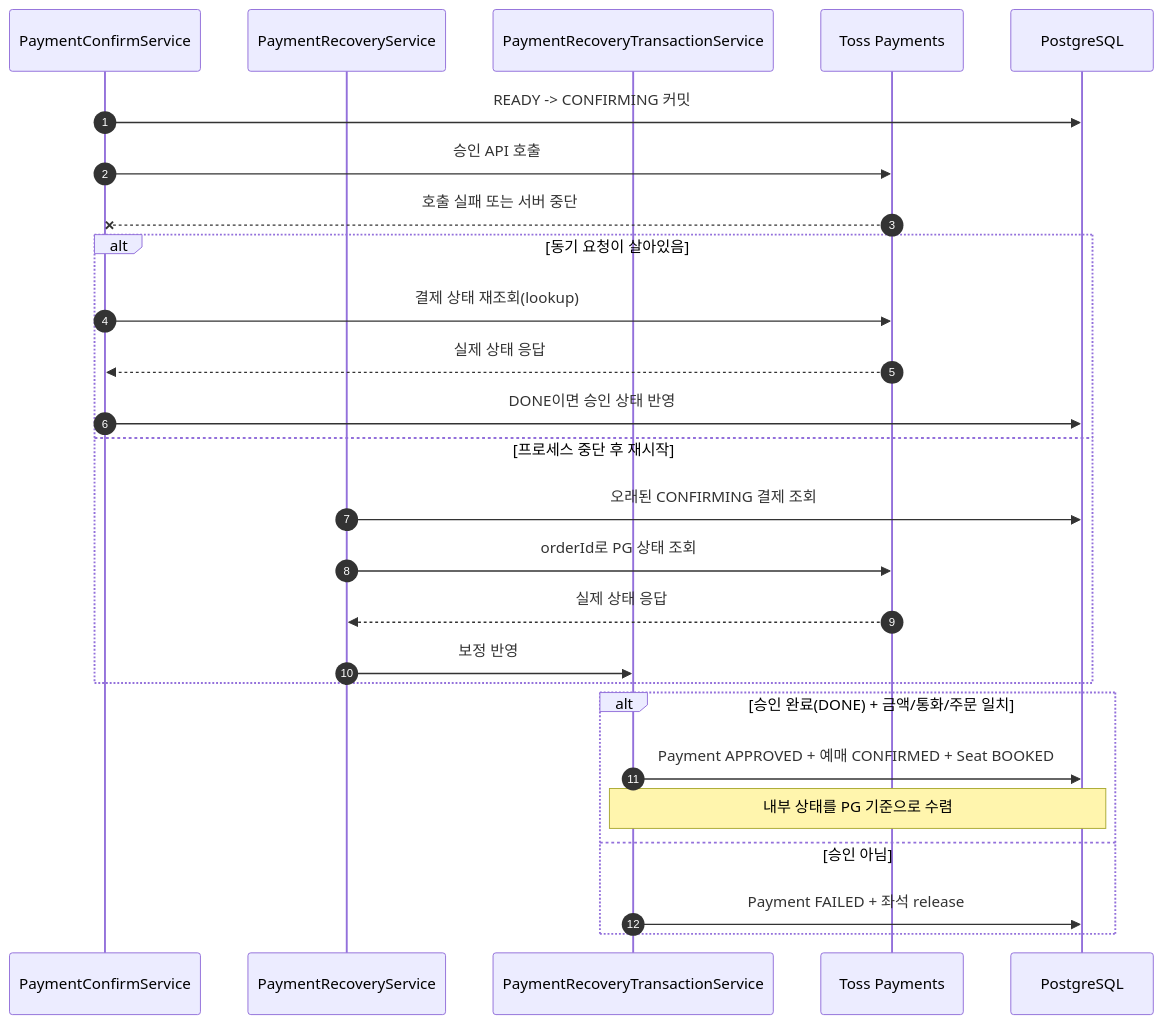
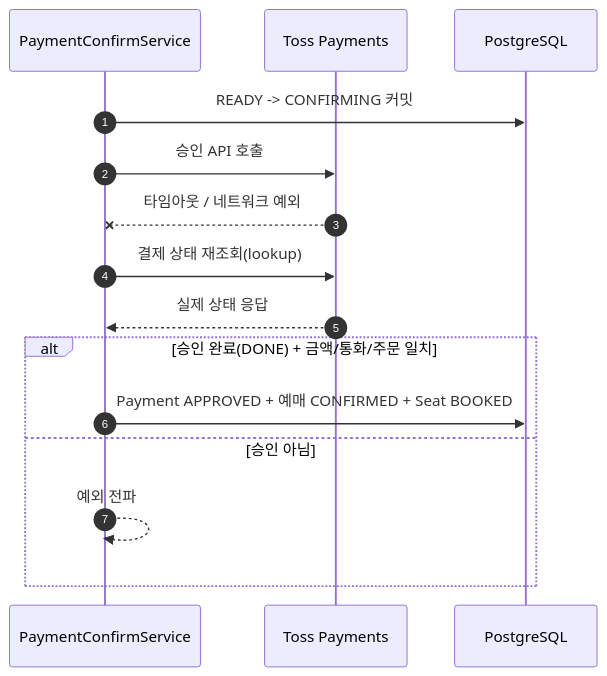
One commit to jpjg-dev/ticket_be changed the second of 3 diagrams in README.md. Above: the diagram before and after it, drawn with Mermaid. The commit also changed other lines of this file, not shown here.

````diff
--- a/README.md
+++ b/README.md
@@ -145,30 +145,19 @@
 ```mermaid
 sequenceDiagram
     autonumber
     participant Confirm as PaymentConfirmService
-    participant Recovery as PaymentRecoveryService
-    participant Tx as PaymentRecoveryTransactionService
     participant Toss as Toss Payments
     participant DB as PostgreSQL
 
     Confirm->>DB: READY -> CONFIRMING 커밋
     Confirm->>Toss: 승인 API 호출
-    Toss--xConfirm: 호출 실패 또는 서버 중단
-    alt 동기 요청이 살아있음
-        Confirm->>Toss: 결제 상태 재조회(lookup)
-        Toss-->>Confirm: 실제 상태 응답
-        Confirm->>DB: DONE이면 승인 상태 반영
-    else 프로세스 중단 후 재시작
-        Recovery->>DB: 오래된 CONFIRMING 결제 조회
-        Recovery->>Toss: orderId로 PG 상태 조회
-        Toss-->>Recovery: 실제 상태 응답
-        Recovery->>Tx: 보정 반영
-    end
+    Toss--xConfirm: 타임아웃 / 네트워크 예외
+    Confirm->>Toss: 결제 상태 재조회(lookup)
+    Toss-->>Confirm: 실제 상태 응답
 
     alt 승인 완료(DONE) + 금액/통화/주문 일치
-        Tx->>DB: Payment APPROVED + 예매 CONFIRMED + Seat BOOKED
-        Note over Tx,DB: 내부 상태를 PG 기준으로 수렴
+        Confirm->>DB: Payment APPROVED + 예매 CONFIRMED + Seat BOOKED
     else 승인 아님
-        Tx->>DB: Payment FAILED + 좌석 release
+        Confirm-->>Confirm: 예외 전파
     end
 ```
````
